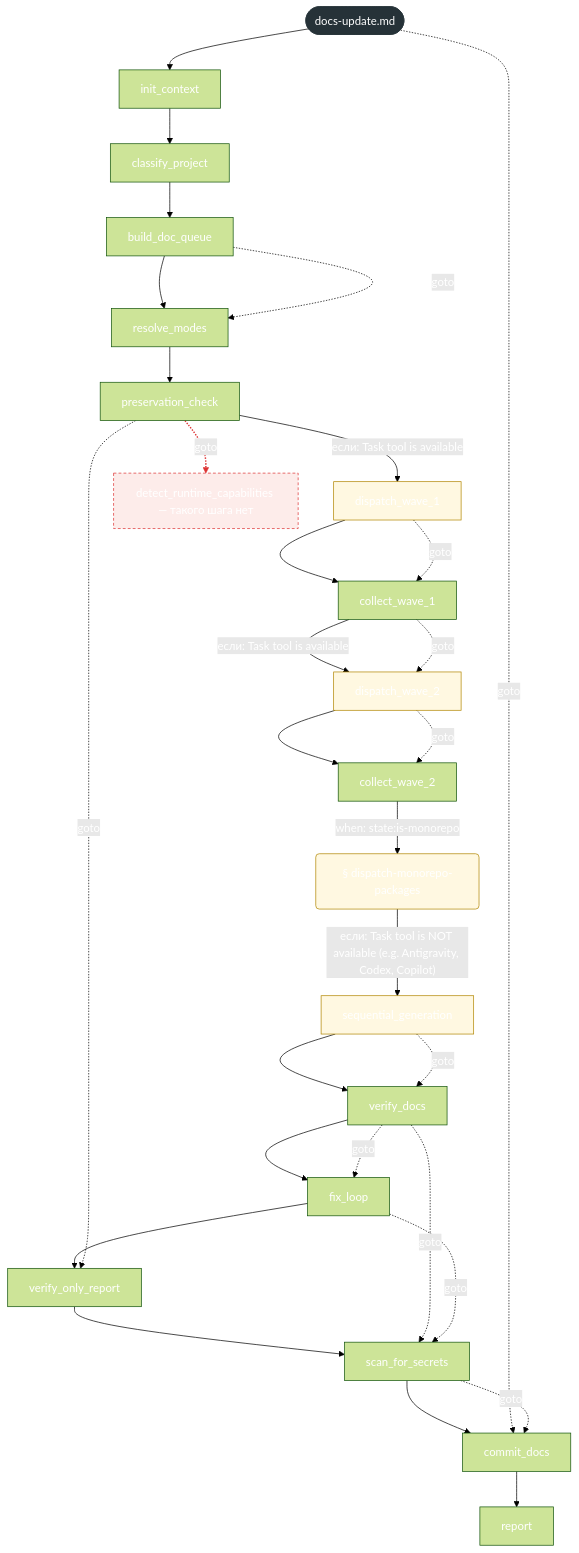
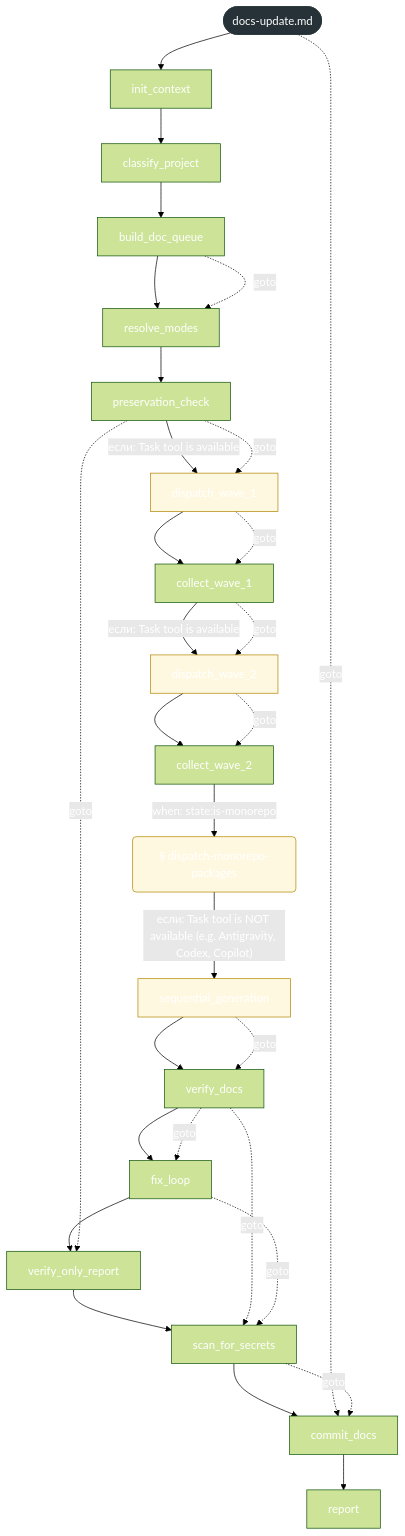
One commit to Govorin/gsd-core changed the first of 2 diagrams in docs/reference/workflow-maps/docs-update.md. Above: the diagram before and after it, drawn with Mermaid (forest theme). The commit also changed other lines of this file and 20 other files, not shown here.

````diff
--- a/docs/reference/workflow-maps/docs-update.md
+++ b/docs/reference/workflow-maps/docs-update.md
@@ -15,62 +15,60 @@
 ```mermaid
 flowchart TB
   wf_root(["docs-update.md"]):::root
   u_step_init_context["init_context"]
   u_step_classify_project["classify_project"]
   u_step_build_doc_queue["build_doc_queue"]
   u_step_resolve_modes["resolve_modes"]
   u_step_preservation_check["preservation_check"]
   u_step_dispatch_wave_1["dispatch_wave_1"]:::conditional
   u_step_collect_wave_1["collect_wave_1"]
   u_step_dispatch_wave_2["dispatch_wave_2"]:::conditional
   u_step_collect_wave_2["collect_wave_2"]
   u_section_dispatch_monorepo_packages("§ dispatch-monorepo-packages"):::conditional
   u_step_sequential_generation["sequential_generation"]:::conditional
   u_step_verify_docs["verify_docs"]
   u_step_fix_loop["fix_loop"]
   u_step_verify_only_report["verify_only_report"]
   u_step_scan_for_secrets["scan_for_secrets"]
   u_step_commit_docs["commit_docs"]
   u_step_report["report"]
-  m_detect_runtime_capabilities["detect_runtime_capabilities — такого шага нет"]:::missing
   wf_root --> u_step_init_context
   u_step_init_context --> u_step_classify_project
   u_step_classify_project --> u_step_build_doc_queue
   u_step_build_doc_queue --> u_step_resolve_modes
   u_step_resolve_modes --> u_step_preservation_check
   u_step_preservation_check -->|"если#58; Task tool is available"| u_step_dispatch_wave_1
   u_step_dispatch_wave_1 --> u_step_collect_wave_1
   u_step_collect_wave_1 -->|"если#58; Task tool is available"| u_step_dispatch_wave_2
   u_step_dispatch_wave_2 --> u_step_collect_wave_2
   u_step_collect_wave_2 -->|"when#58; state#58;is-monorepo"| u_section_dispatch_monorepo_packages
   u_section_dispatch_monorepo_packages -->|"если#58; Task tool is NOT available (e.g. Antigravity, Codex, Copilot)"| u_step_sequential_generation
   u_step_sequential_generation --> u_step_verify_docs
   u_step_verify_docs --> u_step_fix_loop
   u_step_fix_loop --> u_step_verify_only_report
   u_step_verify_only_report --> u_step_scan_for_secrets
   u_step_scan_for_secrets --> u_step_commit_docs
   u_step_commit_docs --> u_step_report
   u_step_build_doc_queue -.->|"goto"| u_step_resolve_modes
+  u_step_preservation_check -.->|"goto"| u_step_dispatch_wave_1
   u_step_preservation_check -.->|"goto"| u_step_verify_only_report
   u_step_dispatch_wave_1 -.->|"goto"| u_step_collect_wave_1
   u_step_collect_wave_1 -.->|"goto"| u_step_dispatch_wave_2
   u_step_dispatch_wave_2 -.->|"goto"| u_step_collect_wave_2
   wf_root -.->|"goto"| u_step_commit_docs
   u_step_sequential_generation -.->|"goto"| u_step_verify_docs
   u_step_verify_docs -.->|"goto"| u_step_scan_for_secrets
   u_step_verify_docs -.->|"goto"| u_step_fix_loop
   u_step_fix_loop -.->|"goto"| u_step_scan_for_secrets
   u_step_scan_for_secrets -.->|"goto"| u_step_commit_docs
-  u_step_preservation_check -.->|"goto"| m_detect_runtime_capabilities
-  linkStyle 28 stroke:#d33,stroke-width:2px
   classDef missing fill:#fdecea,stroke:#d33,stroke-dasharray:4 3
   classDef unparsed fill:#f5f5f5,stroke:#999999,stroke-dasharray:4 3,color:#555
   classDef conditional fill:#fff8e1,stroke:#b28704
   classDef root fill:#263238,color:#ffffff,stroke:#263238
   classDef agent fill:#e8f0fe,stroke:#3367d6
   classDef builtin fill:#eeeeee,stroke:#777777
   classDef capability fill:#e6f4ea,stroke:#2e7d32
   classDef dynamic fill:#f2f2f2,stroke:#888,stroke-dasharray:2 2
   classDef point fill:#f3e8fd,stroke:#8e24aa
   classDef workflow fill:#ffffff,stroke:#555555
 ```
````
